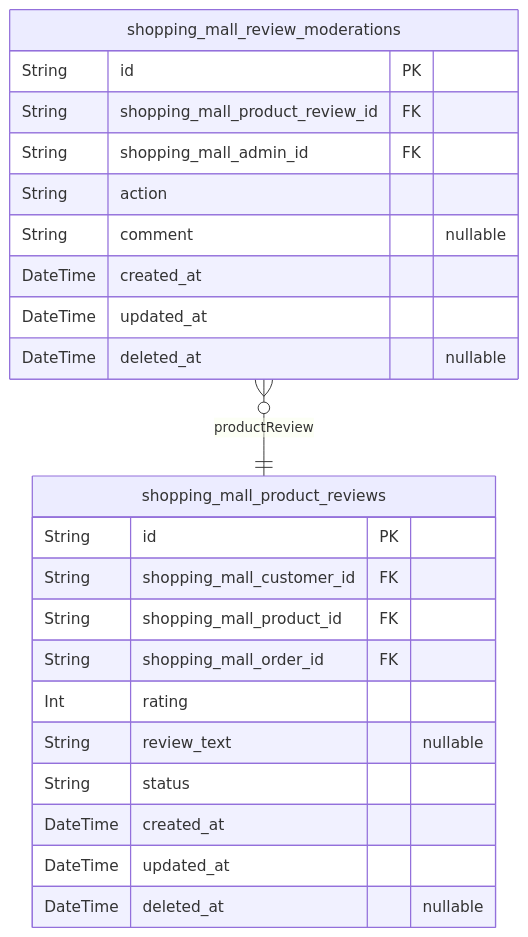
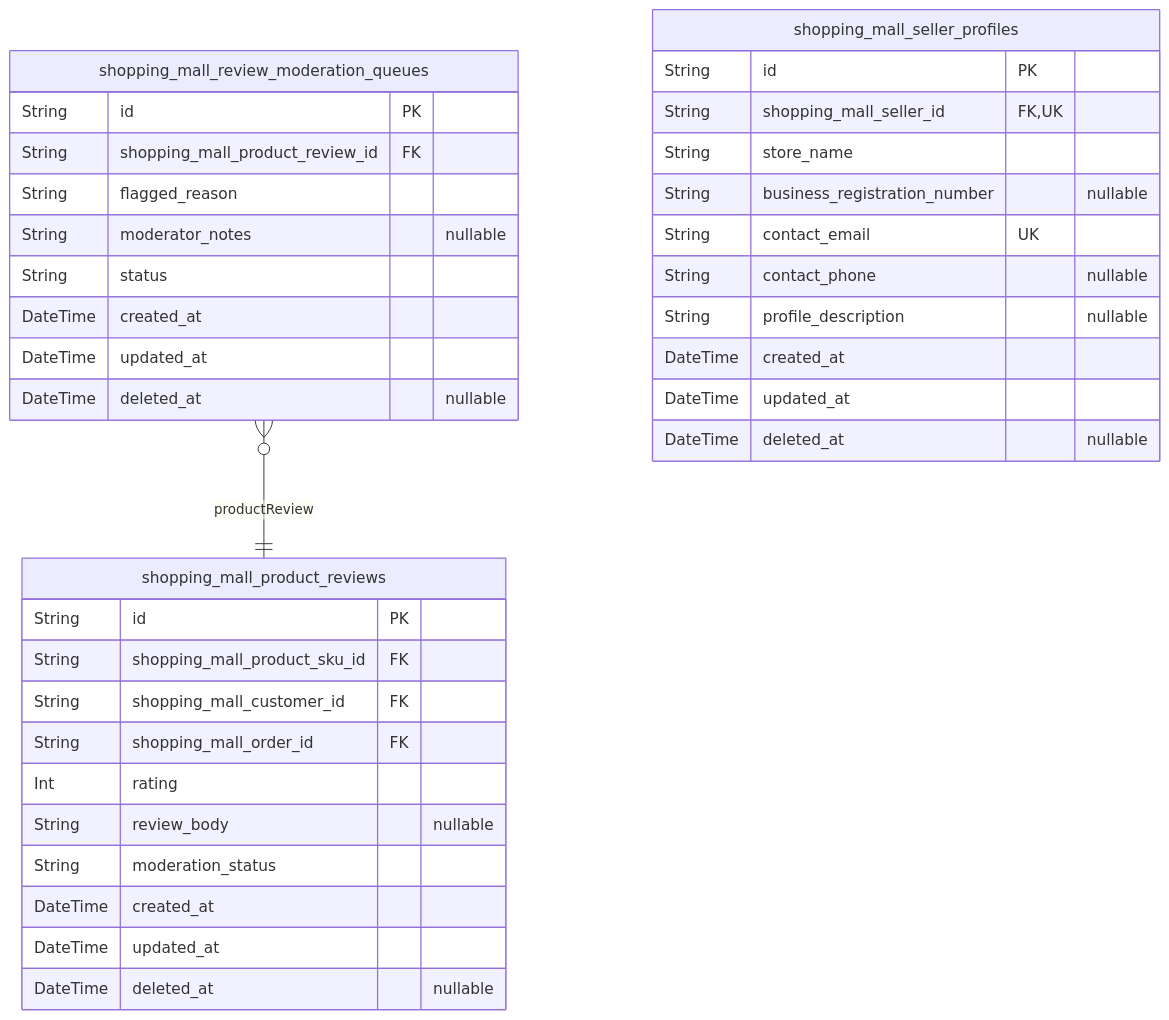
Before and after one commit to wrtnlabs/autobe-examples: the sixth of 11 diagrams in openai/gpt-4.1-mini/shopping/docs/ERD.md, drawn with Mermaid. The commit also changed other lines of this file and 16146 other files, not shown here.

````diff
--- a/openai/gpt-4.1-mini/shopping/docs/ERD.md
+++ b/openai/gpt-4.1-mini/shopping/docs/ERD.md
@@ -617,26 +613,38 @@
 ```mermaid
 erDiagram
 "shopping_mall_product_reviews" {
   String id PK
+  String shopping_mall_product_sku_id FK
   String shopping_mall_customer_id FK
-  String shopping_mall_product_id FK
   String shopping_mall_order_id FK
   Int rating
-  String review_text "nullable"
+  String review_body "nullable"
+  String moderation_status
+  DateTime created_at
+  DateTime updated_at
+  DateTime deleted_at "nullable"
+}
+"shopping_mall_review_moderation_queues" {
+  String id PK
+  String shopping_mall_product_review_id FK
+  String flagged_reason
+  String moderator_notes "nullable"
   String status
   DateTime created_at
   DateTime updated_at
   DateTime deleted_at "nullable"
 }
-"shopping_mall_review_moderations" {
+"shopping_mall_seller_profiles" {
   String id PK
-  String shopping_mall_product_review_id FK
-  String shopping_mall_admin_id FK
-  String action
-  String comment "nullable"
+  String shopping_mall_seller_id FK,UK
+  String store_name
+  String business_registration_number "nullable"
+  String contact_email UK
+  String contact_phone "nullable"
+  String profile_description "nullable"
   DateTime created_at
   DateTime updated_at
   DateTime deleted_at "nullable"
 }
-"shopping_mall_review_moderations" }o--|| "shopping_mall_product_reviews" : productReview
+"shopping_mall_review_moderation_queues" }o--|| "shopping_mall_product_reviews" : productReview
 ```
````
